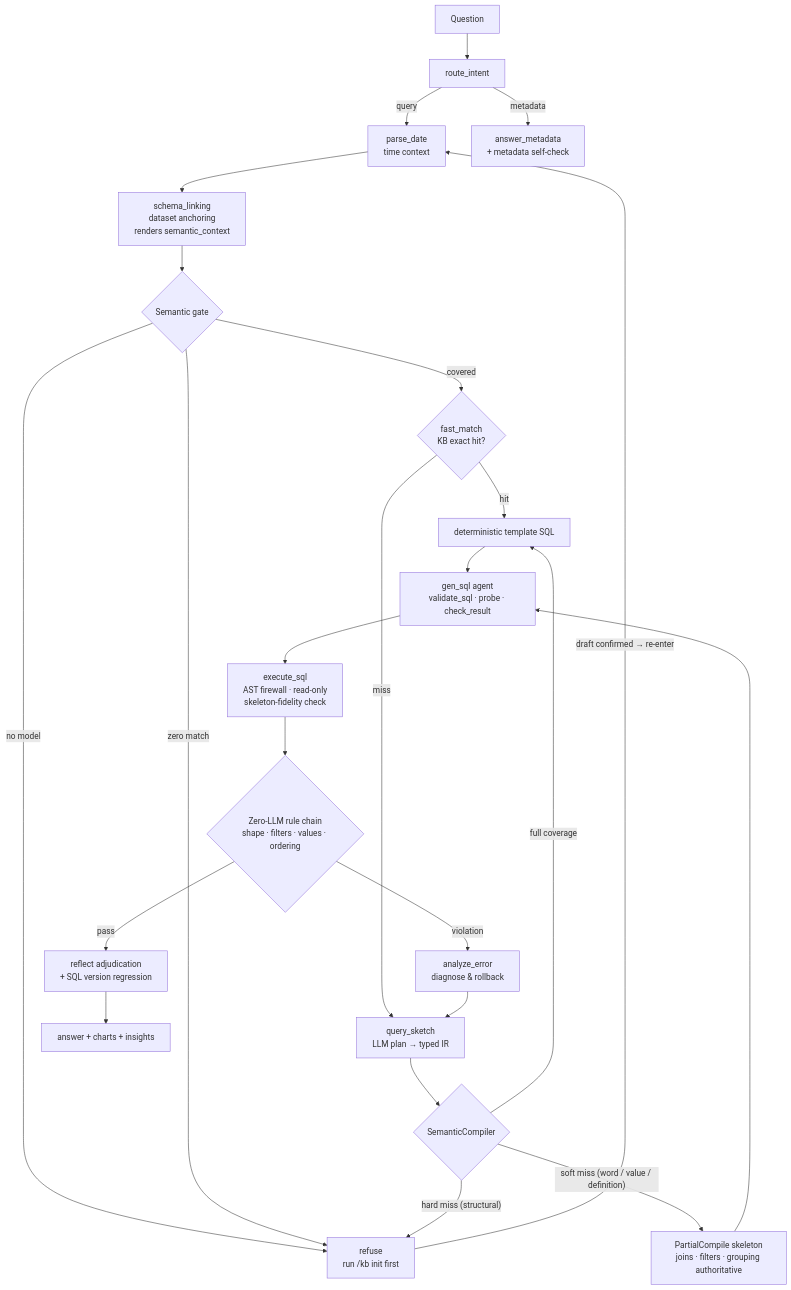
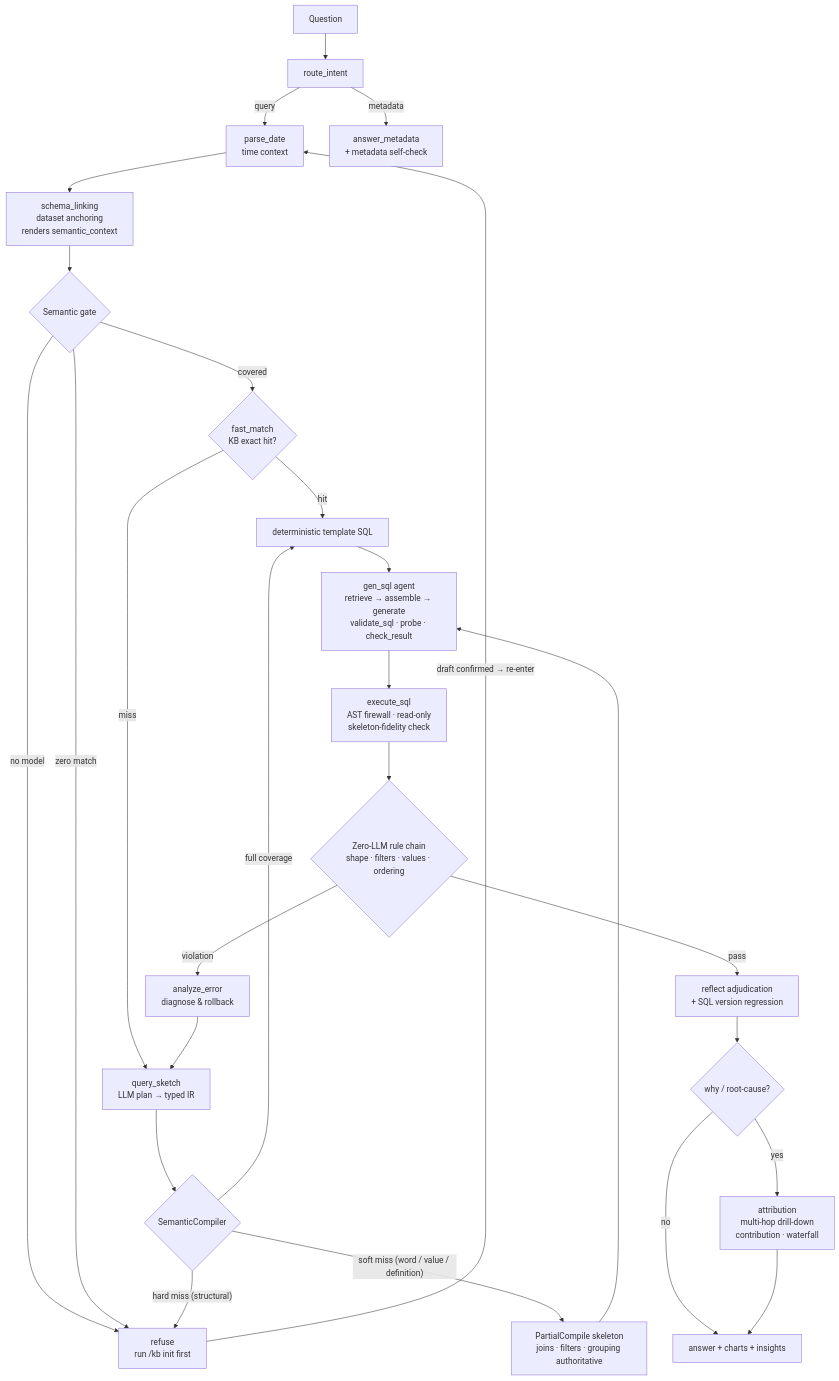
The second of 3 diagrams in README.md (Nivane/trove), drawn with Mermaid before and after one commit. The commit also changed other lines of this file and 1 other file, not shown here.

````diff
--- a/README.md
+++ b/README.md
@@ -113,31 +113,34 @@
 ```mermaid
 flowchart TB
     Q["Question"] --> INTENT["route_intent"]
     INTENT -->|"query"| PD["parse_date<br/>time context"]
     INTENT -->|"metadata"| MD["answer_metadata<br/>+ metadata self-check"]
     PD --> LINK["schema_linking<br/>dataset anchoring<br/>renders semantic_context"]
 
     LINK --> GATE{"Semantic gate"}
     GATE -->|"no model"| REFUSE["refuse<br/>run /kb init first"]
     GATE -->|"zero match"| REFUSE
     GATE -->|"covered"| FM{"fast_match<br/>KB exact hit?"}
 
     FM -->|"hit"| SQL["deterministic template SQL"]
     FM -->|"miss"| SKETCH["query_sketch<br/>LLM plan → typed IR"]
 
     SKETCH --> COMP{"SemanticCompiler"}
     COMP -->|"full coverage"| SQL
     COMP -->|"soft miss (word / value / definition)"| SKEL["PartialCompile skeleton<br/>joins · filters · grouping authoritative"]
     COMP -->|"hard miss (structural)"| REFUSE
 
-    SQL --> GEN["gen_sql agent<br/>validate_sql · probe · check_result"]
+    SQL --> GEN["gen_sql agent<br/>retrieve → assemble → generate<br/>validate_sql · probe · check_result"]
     SKEL --> GEN
     REFUSE -->|"draft confirmed → re-enter"| PD
 
     GEN --> EXEC["execute_sql<br/>AST firewall · read-only<br/>skeleton-fidelity check"]
     EXEC --> CHK{"Zero-LLM rule chain<br/>shape · filters · values · ordering"}
     CHK -->|"violation"| FIX["analyze_error<br/>diagnose & rollback"]
     FIX --> SKETCH
     CHK -->|"pass"| REFLECT["reflect adjudication<br/>+ SQL version regression"]
-    REFLECT --> OUT["answer + charts + insights"]
+    REFLECT --> ATTR{"why / root-cause?"}
+    ATTR -->|"yes"| DRILL["attribution<br/>multi-hop drill-down<br/>contribution · waterfall"]
+    ATTR -->|"no"| OUT["answer + charts + insights"]
+    DRILL --> OUT
 ```
````
